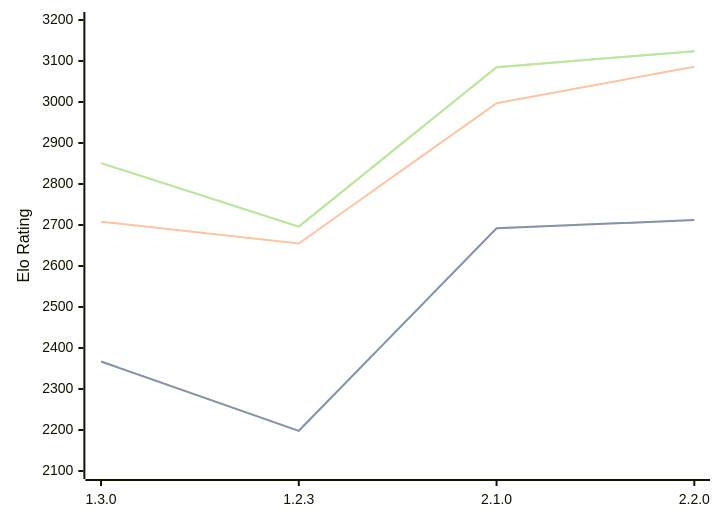
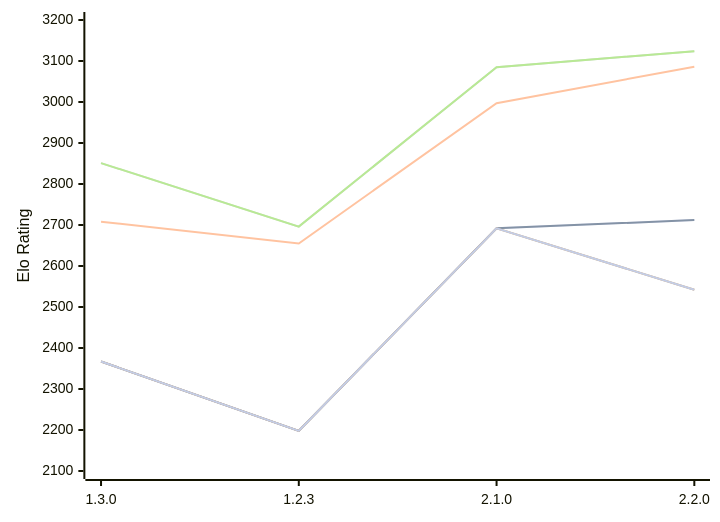
Before and after one commit to computer-chess-index/cci: the diagram in engines/Aspen.md, drawn with Mermaid. The commit also changed other lines of this file, not shown here.

Commit message:
Update CCI Ratings (ELO VLTC) - 2026-10-11

````diff
--- a/engines/Aspen.md
+++ b/engines/Aspen.md
@@ -50,16 +50,13 @@
 ```mermaid
 %%{init: {"theme":"base","themeVariables":{"seriesColors:['#a3a3a3','#222221','#faa371']}}}%%
 xychart-beta
   x-axis ["1.3.0", "1.2.3", "2.1.0", "2.2.0"]
   y-axis "Elo Rating" 2100 --> 3200
   line "" [2367, 2198, 2692, 2712]
   line "T1: STC (8.0+0.08s)" [2367, 2198, 2692, 2712]
   line "T1: LTC (60.0+0.60s)" [2708, 2655, 2997, 3086]
   line "" [2851, 2696, 3085, 3124]
   line "T1: VLTC (2m24s+1.12s)" [2851, 2696, 3085, 3124]
-  line "" [2530]
-  line "E1: STC (8.0+0.08s)" [2530]
-  line "E1: LTC (60.0+0.60s)" [2931]
-  line "" [2969]
-  line "E1: VLTC (2m24s+1.12s)" [2969]
+  line "" [2367, 2198, 2692,2542]
+  line "E1: STC (8.0+0.08s)" [2367, 2198, 2692,2542]
 ```
````
